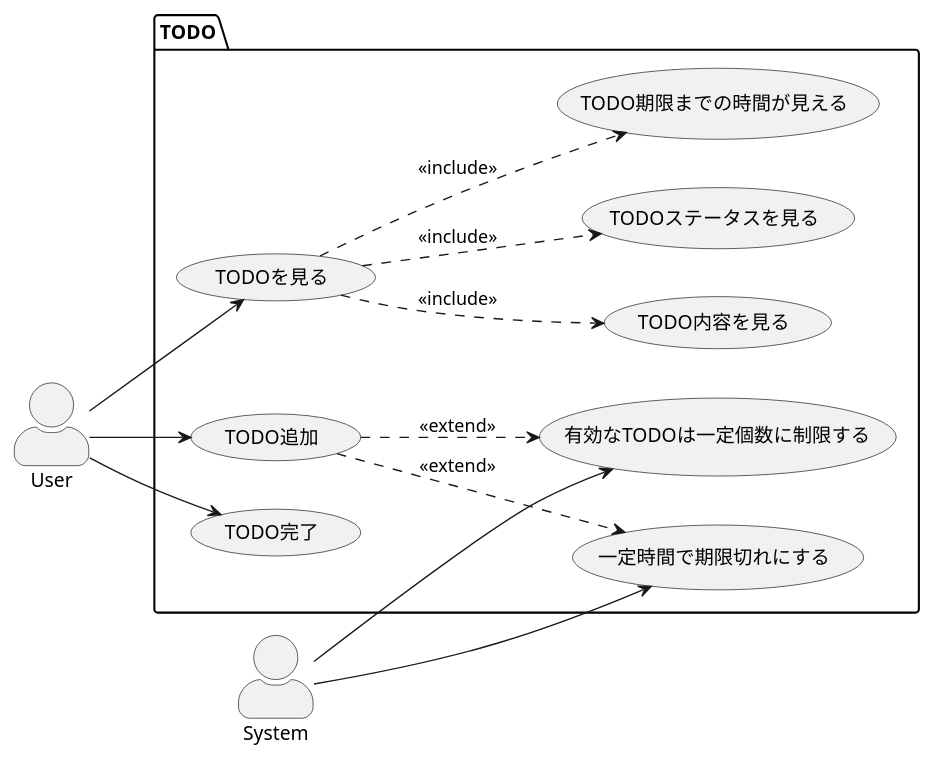
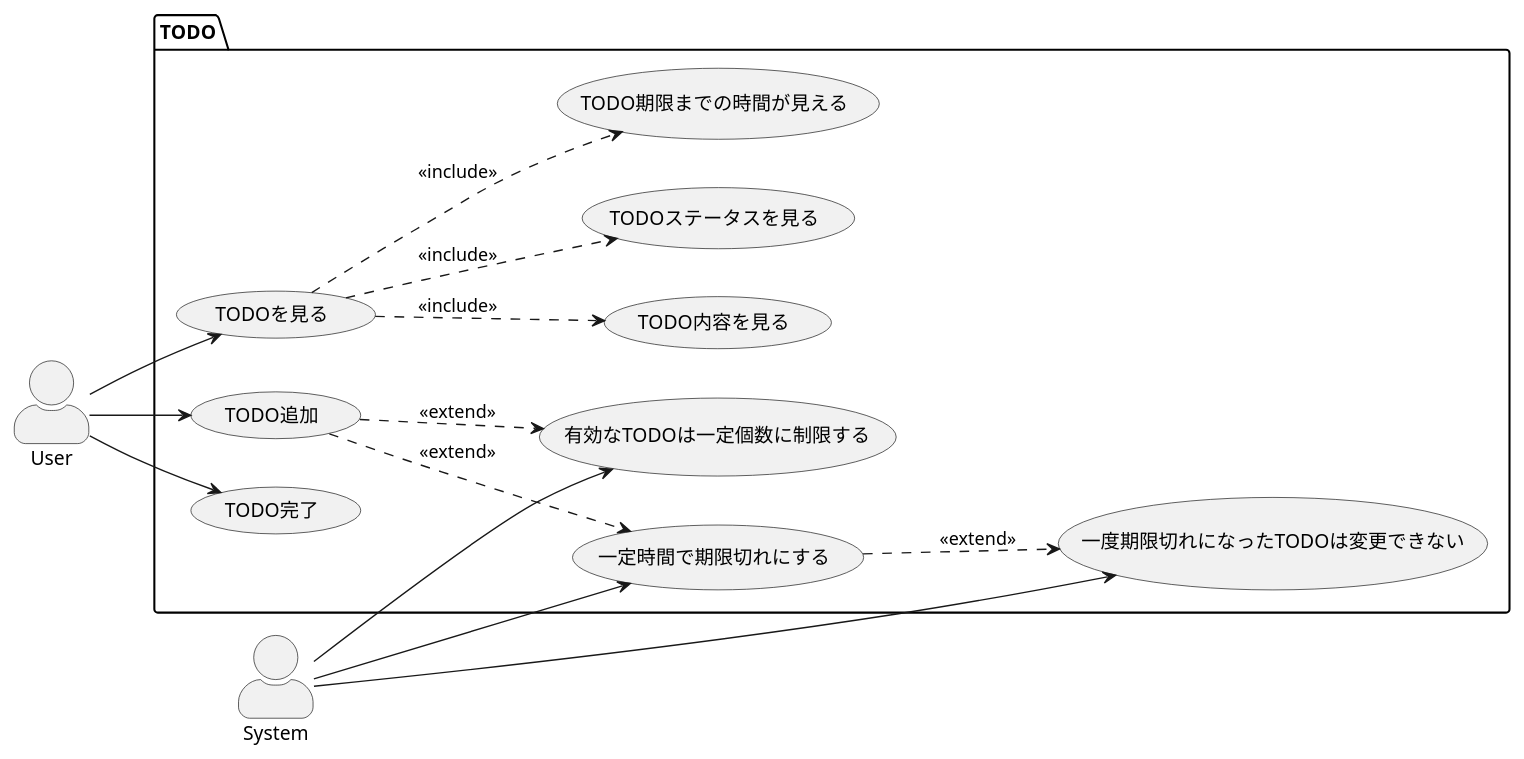
The diagram in Documents/Usecase.puml (soi013/LifeTodoConsole), drawn with PlantUML before and after one commit.

Commit message:
ビジネスロジックを更新

```diff
--- a/Documents/Usecase.puml
+++ b/Documents/Usecase.puml
@@ -1,29 +1,30 @@
-@startuml
 skinparam actorStyle awesome
 left to right direction
 actor "User" as u
 actor "System" as s
 package TODO {
     usecase "TODO追加" as add
     usecase "TODOを見る" as view
     usecase "TODO完了" as done
     usecase "TODO内容を見る" as viewText
     usecase "TODOステータスを見る" as viewStatus
     usecase "TODO期限までの時間が見える" as viewDate
 
     usecase "一定時間で期限切れにする" as expire
-    usecase "有効なTODOは一定個数に制限する" as limit
+    usecase "有効なTODOは一定個数に制限する" as limit    
+    usecase "一度期限切れになったTODOは変更できない" as cannotDone
 }
 
 u --> add
 u --> view
 view ..> viewText : <<include>>
 view ..> viewStatus : <<include>>
 view ..> viewDate : <<include>>
 u --> done
 
 add ..> expire : <<extend>>
 add ..> limit : <<extend>>
+expire ..> cannotDone : <<extend>>
 s --> expire
 s --> limit
-@enduml
+s --> cannotDone
```
